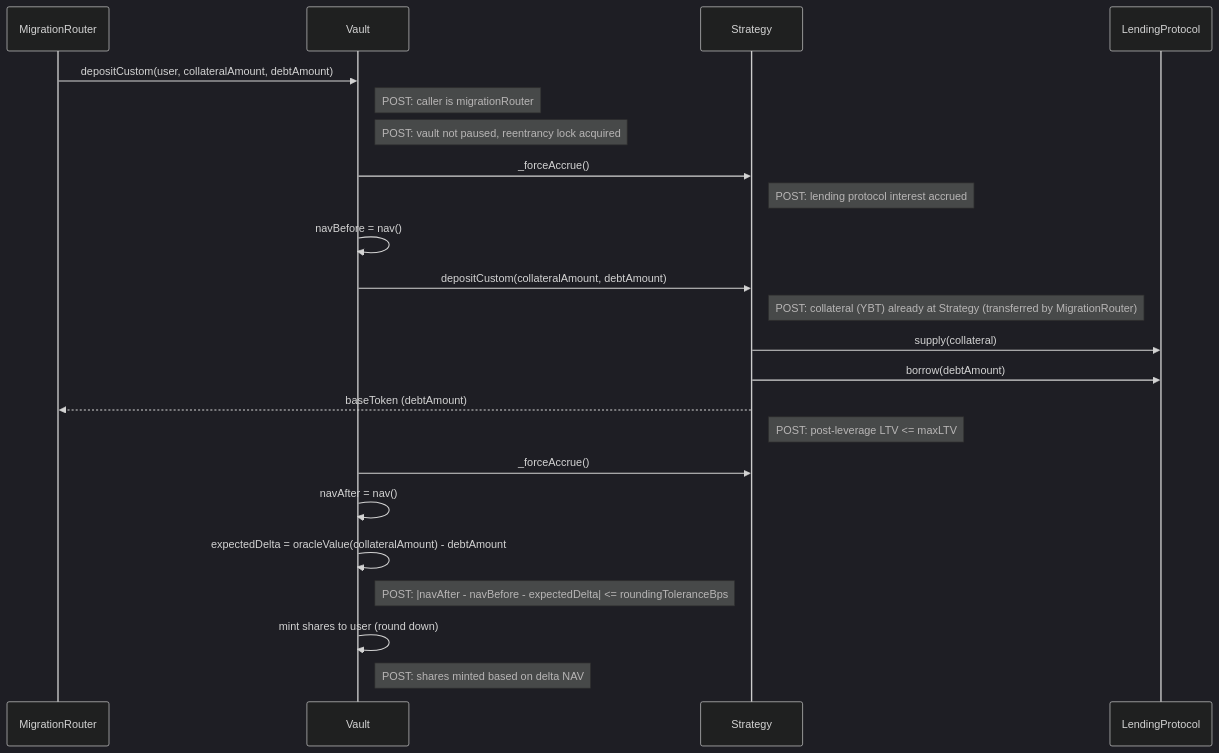
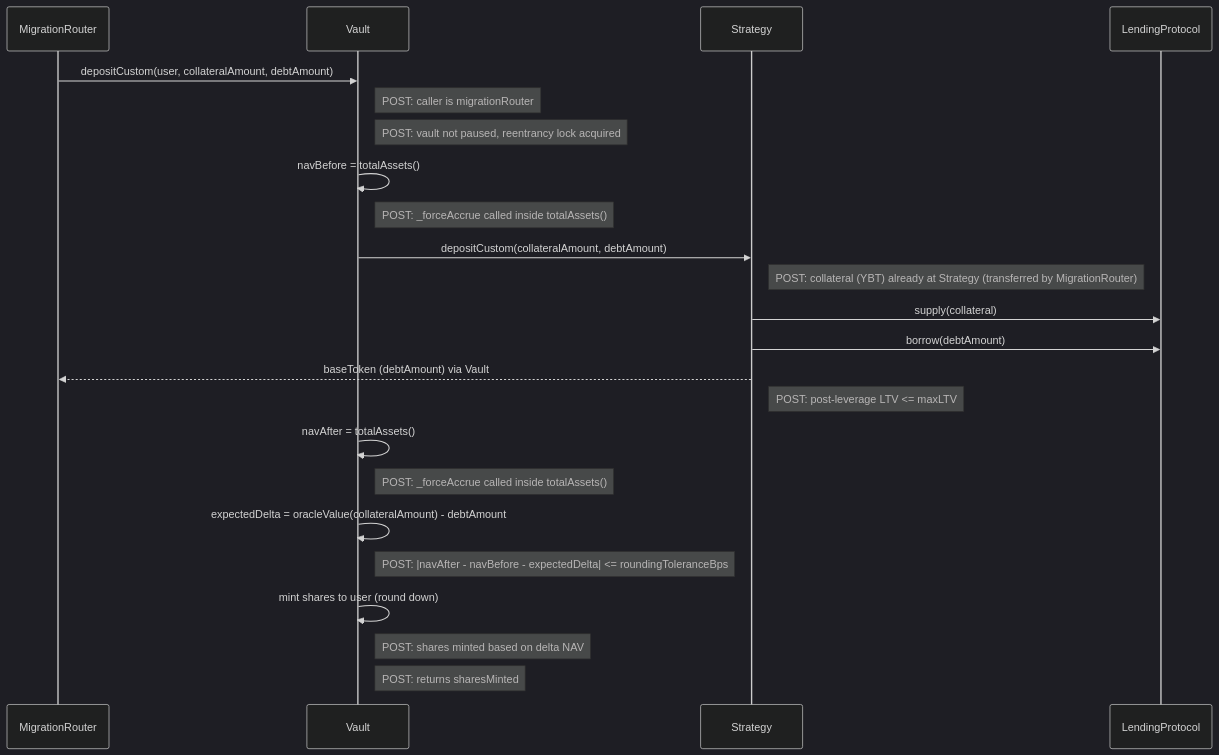
One commit to evgenynacu/leverage-vaults changed the eighth of 22 diagrams in docs/architecture/call-diagrams.md. Above: the diagram before and after it, drawn with Mermaid (dark theme). The commit also changed other lines of this file and 18 other files, not shown here.

````diff
--- a/docs/architecture/call-diagrams.md
+++ b/docs/architecture/call-diagrams.md
@@ -161,21 +159,21 @@
 ```mermaid
 sequenceDiagram
     MigrationRouter->>Vault: depositCustom(user, collateralAmount, debtAmount)
     note right of Vault: POST: caller is migrationRouter
     note right of Vault: POST: vault not paused, reentrancy lock acquired
-    Vault->>Strategy: _forceAccrue()
-    note right of Strategy: POST: lending protocol interest accrued
-    Vault->>Vault: navBefore = nav()
+    Vault->>Vault: navBefore = totalAssets()
+    note right of Vault: POST: _forceAccrue called inside totalAssets()
     Vault->>Strategy: depositCustom(collateralAmount, debtAmount)
     note right of Strategy: POST: collateral (YBT) already at Strategy (transferred by MigrationRouter)
     Strategy->>LendingProtocol: supply(collateral)
     Strategy->>LendingProtocol: borrow(debtAmount)
-    Strategy-->>MigrationRouter: baseToken (debtAmount)
+    Strategy-->>MigrationRouter: baseToken (debtAmount) via Vault
     note right of Strategy: POST: post-leverage LTV <= maxLTV
-    Vault->>Strategy: _forceAccrue()
-    Vault->>Vault: navAfter = nav()
+    Vault->>Vault: navAfter = totalAssets()
+    note right of Vault: POST: _forceAccrue called inside totalAssets()
     Vault->>Vault: expectedDelta = oracleValue(collateralAmount) - debtAmount
     note right of Vault: POST: |navAfter - navBefore - expectedDelta| <= roundingToleranceBps
     Vault->>Vault: mint shares to user (round down)
     note right of Vault: POST: shares minted based on delta NAV
+    note right of Vault: POST: returns sharesMinted
 ```
````
